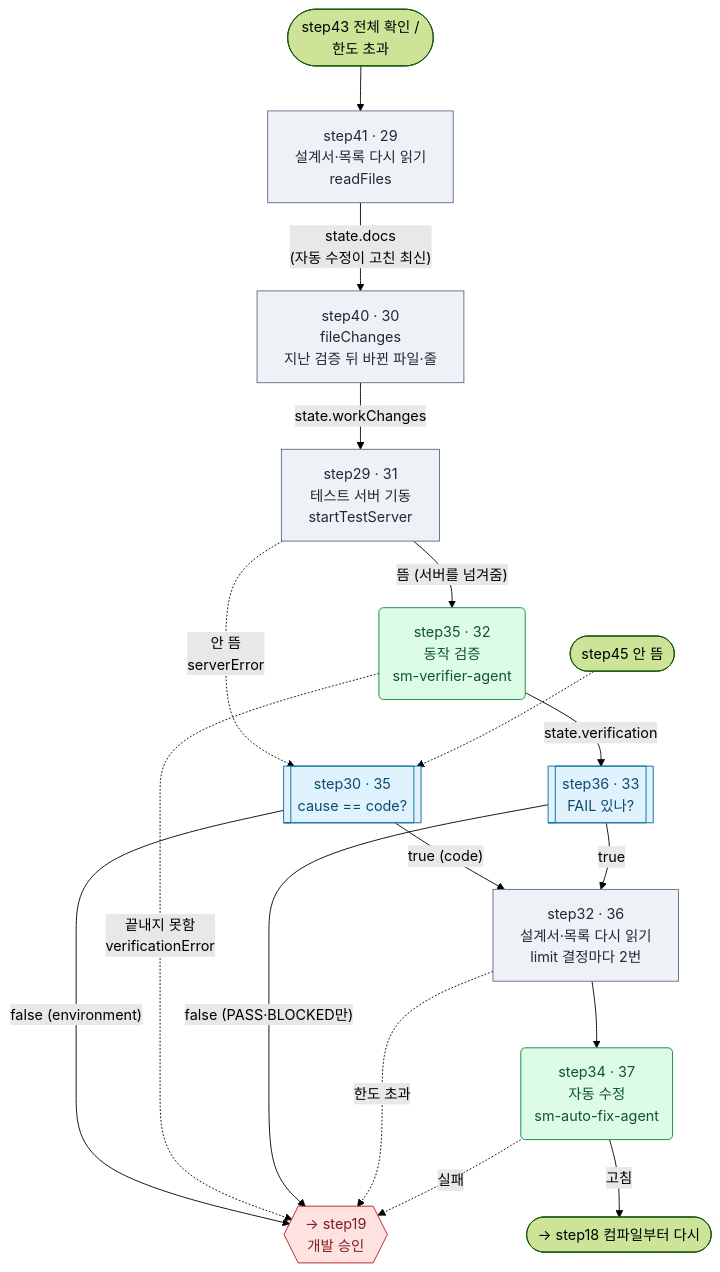
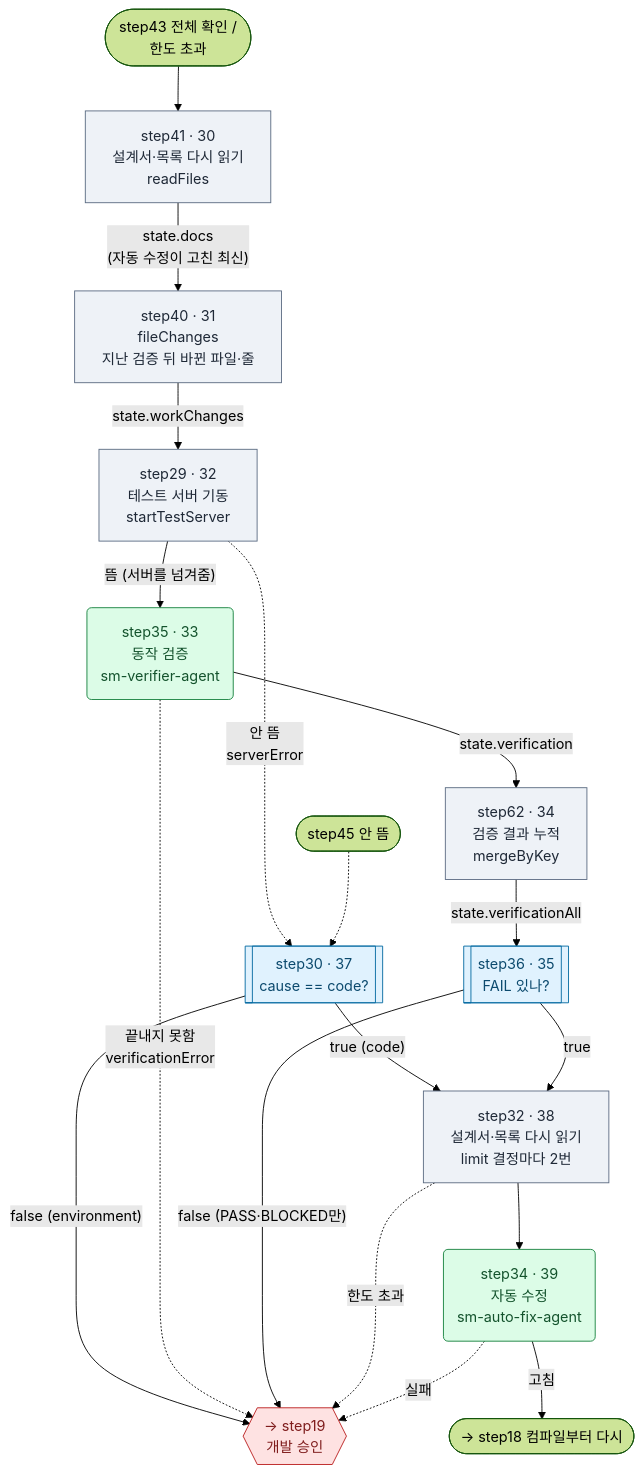
Diagram 15 of 24 in docs/09.dstone-ai-engine-sm-workflow.md (YongSoekChoeng/dstone), drawn with Mermaid (forest theme) before and after one commit. The commit also changed other lines of this file and 9 other files, not shown here.

````diff
--- a/docs/09.dstone-ai-engine-sm-workflow.md
+++ b/docs/09.dstone-ai-engine-sm-workflow.md
@@ -1134,24 +1148,25 @@
 ```mermaid
 flowchart TD
-    IN(["step43 전체 확인 /<br/>한도 초과"]) --> step41["step41 · 29<br/>설계서·목록 다시 읽기<br/>readFiles"]:::tool
-    step41 -->|"state.docs<br/>(자동 수정이 고친 최신)"| step40["step40 · 30<br/>fileChanges<br/>지난 검증 뒤 바뀐 파일·줄"]:::tool
-    step40 -->|state.workChanges| step29["step29 · 31<br/>테스트 서버 기동<br/>startTestServer"]:::tool
-    step29 -->|"뜸 (서버를 넘겨줌)"| step35("step35 · 32<br/>동작 검증<br/>sm-verifier-agent"):::agent
-    step29 -.->|"안 뜸<br/>serverError"| step30[["step30 · 35<br/>cause == code?"]]:::route
+    IN(["step43 전체 확인 /<br/>한도 초과"]) --> step41["step41 · 30<br/>설계서·목록 다시 읽기<br/>readFiles"]:::tool
+    step41 -->|"state.docs<br/>(자동 수정이 고친 최신)"| step40["step40 · 31<br/>fileChanges<br/>지난 검증 뒤 바뀐 파일·줄"]:::tool
+    step40 -->|state.workChanges| step29["step29 · 32<br/>테스트 서버 기동<br/>startTestServer"]:::tool
+    step29 -->|"뜸 (서버를 넘겨줌)"| step35("step35 · 33<br/>동작 검증<br/>sm-verifier-agent"):::agent
+    step29 -.->|"안 뜸<br/>serverError"| step30[["step30 · 37<br/>cause == code?"]]:::route
     S45(["step45 안 뜸"]) -.-> step30
     step30 -->|"false (environment)"| step19{{"→ step19<br/>개발 승인"}}:::appr
     step30 -->|"true (code)"| step32
-    step35 -->|state.verification| step36[["step36 · 33<br/>FAIL 있나?"]]:::route
+    step35 -->|state.verification| step62["step62 · 34<br/>검증 결과 누적<br/>mergeByKey"]:::tool
+    step62 -->|state.verificationAll| step36[["step36 · 35<br/>FAIL 있나?"]]:::route
     step35 -.->|"끝내지 못함<br/>verificationError"| step19
     step36 -->|"false (PASS·BLOCKED만)"| step19
-    step36 -->|true| step32["step32 · 36<br/>설계서·목록 다시 읽기<br/>limit 결정마다 2번"]:::tool
+    step36 -->|true| step32["step32 · 38<br/>설계서·목록 다시 읽기<br/>limit 결정마다 2번"]:::tool
     step32 -.->|한도 초과| step19
-    step32 --> step34("step34 · 37<br/>자동 수정<br/>sm-auto-fix-agent"):::agent
+    step32 --> step34("step34 · 39<br/>자동 수정<br/>sm-auto-fix-agent"):::agent
     step34 -->|"고침"| step18(["→ step18 컴파일부터 다시"])
     step34 -.->|실패| step19
 
     classDef tool fill:#eef2f7,stroke:#5b6b82,color:#1f2937
     classDef route fill:#e0f2fe,stroke:#0369a1,color:#0c4a6e
     classDef agent fill:#dcfce7,stroke:#15803d,color:#14532d
     classDef appr fill:#fee2e2,stroke:#b91c1c,color:#7f1d1d
 ```
````
